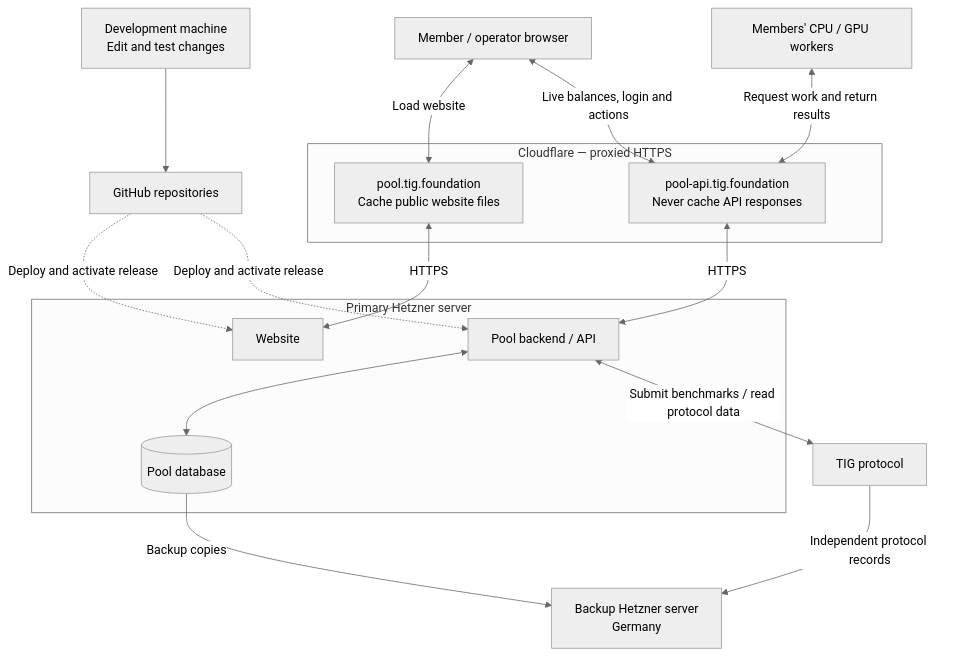
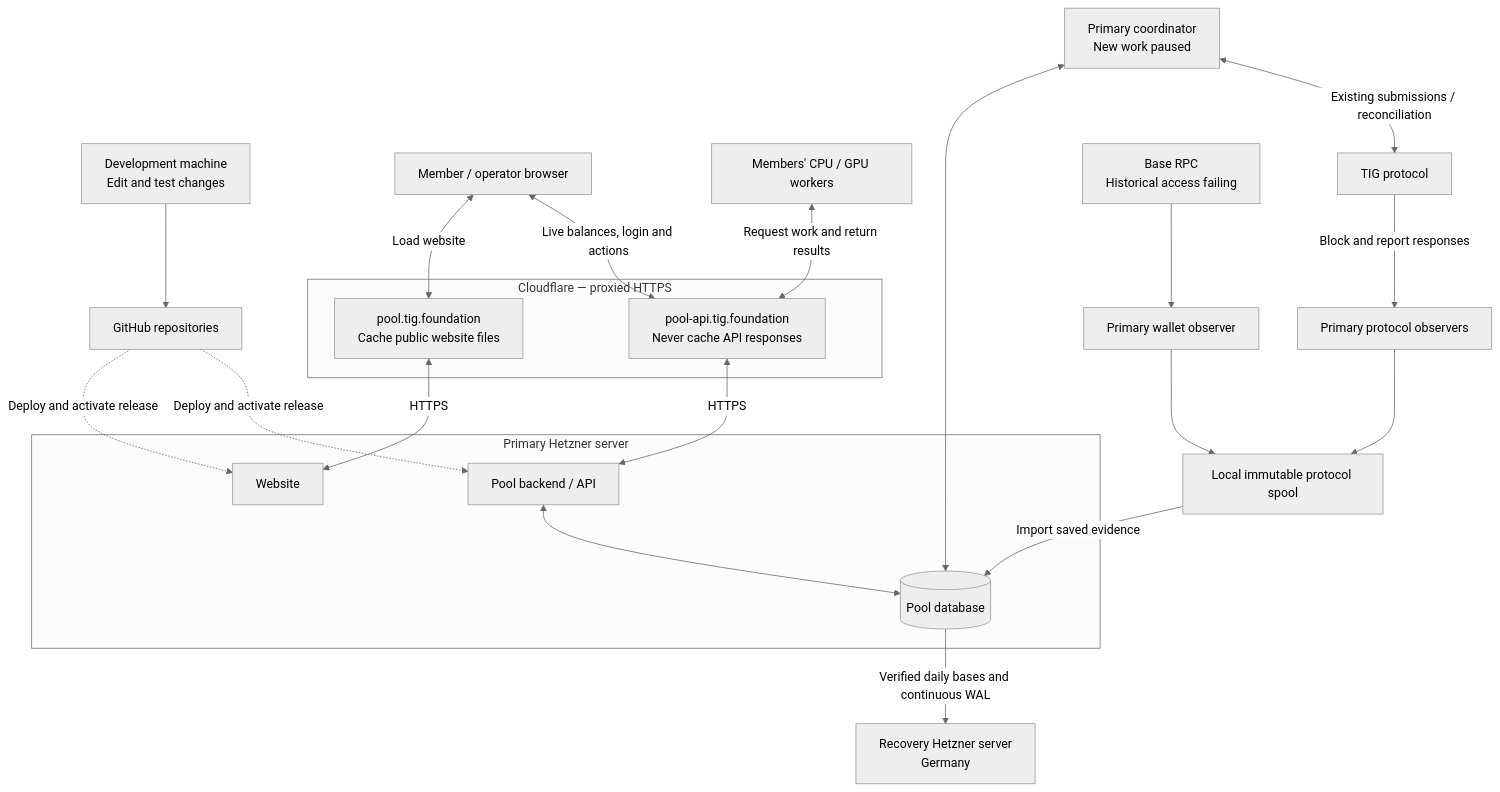
Before and after one commit to Daniel-T-S-Adams/tig-pool-v2: the diagram in docs/POOL_STRUCTURE.md, drawn with Mermaid (neutral theme). The commit also changed other lines of this file and 20 other files, not shown here.

Commit message:
Refresh V2 live status and explain protocol storage and recovery gaps

````diff
--- a/docs/POOL_STRUCTURE.md
+++ b/docs/POOL_STRUCTURE.md
@@ -9,29 +8,34 @@
 ```mermaid
 flowchart TD
     Dev["Development machine<br/>Edit and test changes"] --> Git["GitHub repositories"]
     Git -.->|Deploy and activate release| Website
     Git -.->|Deploy and activate release| API
 
     Browser["Member / operator browser"] <-->|Load website| WebProxy
     Browser <-->|Live balances, login and actions| ApiProxy
     Workers["Members' CPU / GPU workers"] <-->|Request work and return results| ApiProxy
 
     subgraph Cloudflare["Cloudflare — proxied HTTPS"]
         WebProxy["pool.tig.foundation<br/>Cache public website files"]
         ApiProxy["pool-api.tig.foundation<br/>Never cache API responses"]
     end
 
     WebProxy <-->|HTTPS| Website
     ApiProxy <-->|HTTPS| API
 
     subgraph Primary["Primary Hetzner server"]
         Website["Website"]
         API["Pool backend / API"]
         DB[("Pool database")]
         API <--> DB
     end
 
-    API <-->|Submit benchmarks / read protocol data| TIG["TIG protocol"]
-    DB -->|Backup copies| Backup["Backup Hetzner server<br/>Germany"]
-    TIG -->|Independent protocol records| Backup
+    Coordinator["Primary coordinator<br/>New work paused"] <--> DB
+    Coordinator <-->|Existing submissions / reconciliation| TIG["TIG protocol"]
+    TIG -->|Block and report responses| Observers["Primary protocol observers"]
+    Base["Base RPC<br/>Historical access failing"] --> Wallet["Primary wallet observer"]
+    Observers --> Spool["Local immutable protocol spool"]
+    Wallet --> Spool
+    Spool -->|Import saved evidence| DB
+    DB -->|Verified daily bases and continuous WAL| Backup["Recovery Hetzner server<br/>Germany"]
 ```
````
